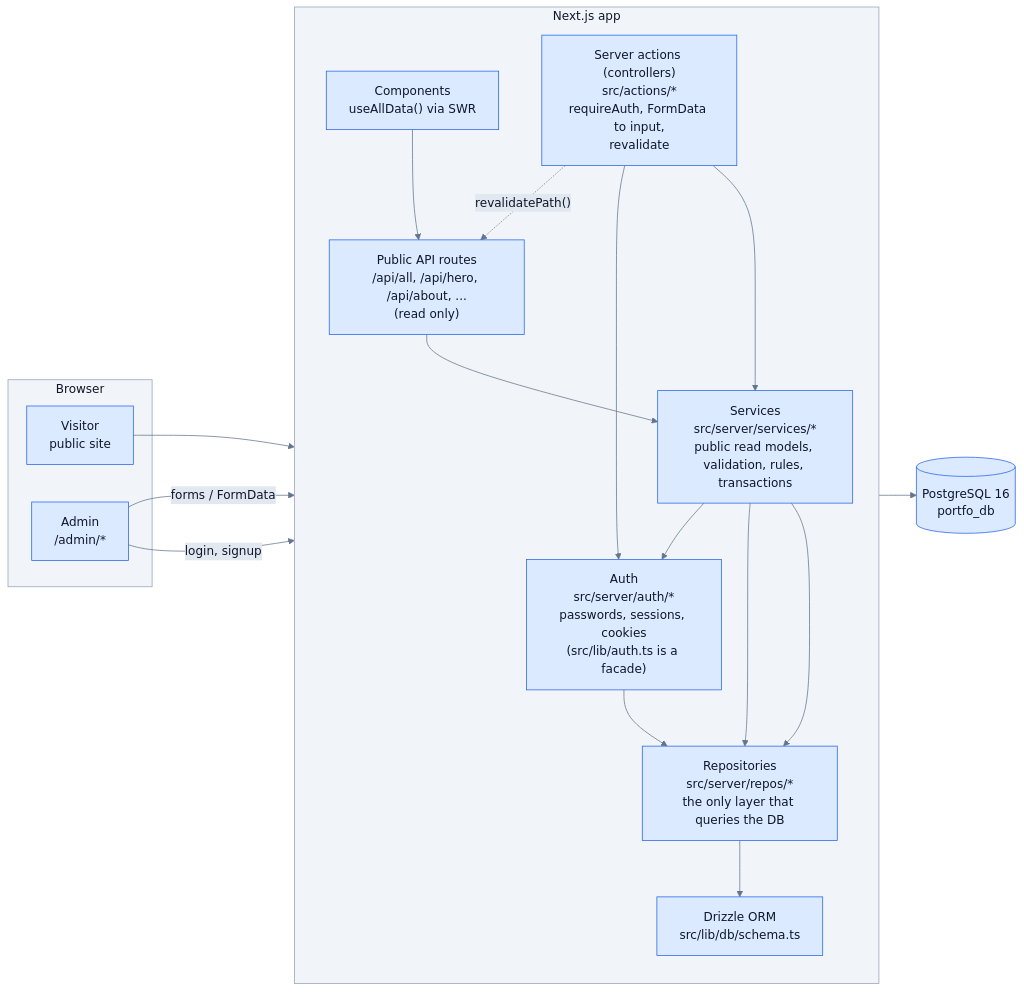
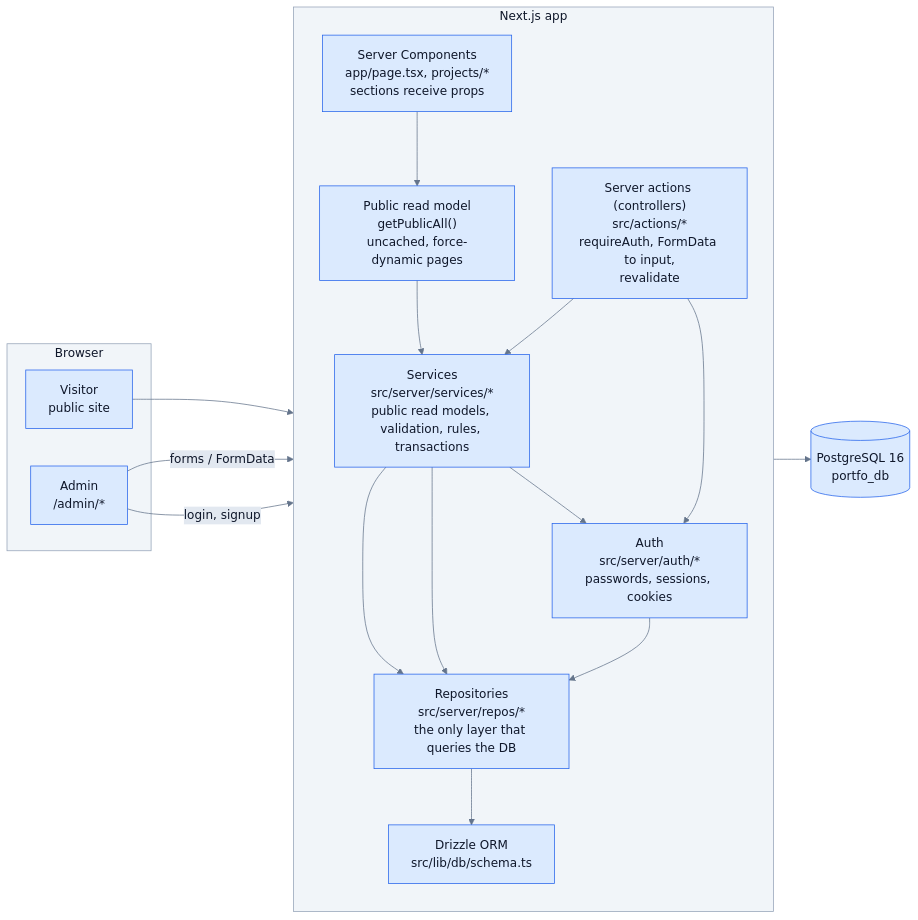
The first of 14 diagrams in docs/database-architecture.md (mhmdsbr/portfolio), drawn with Mermaid before and after one commit. The commit also changed other lines of this file and 1 other file, not shown here.

Commit message:
docs: update architecture and schema docs for new module layout

````diff
--- a/docs/database-architecture.md
+++ b/docs/database-architecture.md
@@ -18,34 +21,33 @@
 ```mermaid
 %%{init: {'theme':'base','themeVariables':{'primaryColor':'#dbeafe','primaryTextColor':'#0f172a','primaryBorderColor':'#2563eb','secondaryColor':'#e0f2fe','tertiaryColor':'#f1f5f9','lineColor':'#64748b','textColor':'#0f172a','mainBkg':'#dbeafe','nodeBorder':'#2563eb','clusterBkg':'#f1f5f9','clusterBorder':'#94a3b8','titleColor':'#0f172a','edgeLabelBackground':'#e2e8f0'}}}%%
 flowchart LR
     subgraph Browser
         V[Visitor<br/>public site]
         A[Admin<br/>/admin/*]
     end
 
     subgraph Next["Next.js app"]
         direction TB
-        UI["Components<br/>useAllData() via SWR"]
-        API["Public API routes<br/>/api/all, /api/hero, /api/about, ...<br/>(read only)"]
+        UI["Server Components<br/>app/page.tsx, projects/*<br/>sections receive props"]
+        API["Public read model<br/>getPublicAll()<br/>uncached, force-dynamic pages"]
         ACT["Server actions (controllers)<br/>src/actions/*<br/>requireAuth, FormData to input,<br/>revalidate"]
         SVC["Services<br/>src/server/services/*<br/>public read models, validation, rules, transactions"]
         LIB["Repositories<br/>src/server/repos/*<br/>the only layer that queries the DB"]
-        AUTH["Auth<br/>src/server/auth/*<br/>passwords, sessions, cookies<br/>(src/lib/auth.ts is a facade)"]
+        AUTH["Auth<br/>src/server/auth/*<br/>passwords, sessions, cookies"]
         DRZ["Drizzle ORM<br/>src/lib/db/schema.ts"]
     end
 
     PG[("PostgreSQL 16<br/>portfo_db")]
 
     V --> UI --> API
     A -->|forms / FormData| ACT
     A -->|login, signup| AUTH
     ACT --> SVC --> LIB
     API --> SVC --> LIB
     ACT --> AUTH
     LIB --> DRZ
     AUTH --> LIB
     SVC --> AUTH
     DRZ --> PG
 
-    ACT -. "revalidatePath()" .-> API
 ```
````
